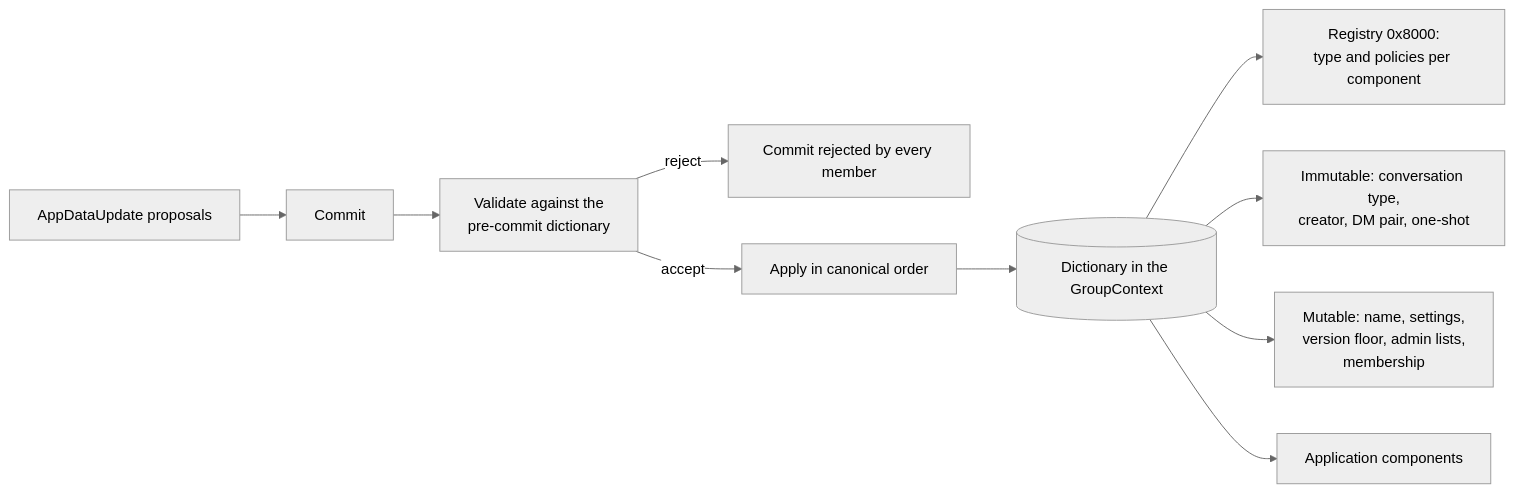
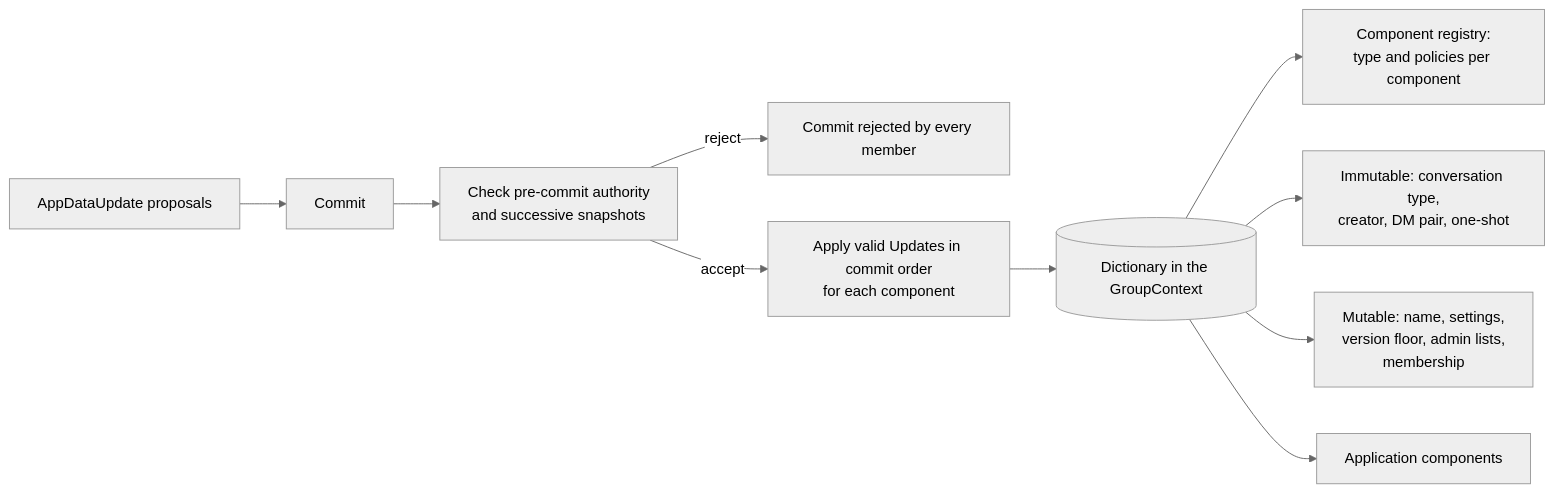
Before and after one commit to xmtp/libxmtp: the diagram in docs/specs/META-group-metadata.md, drawn with Mermaid (neutral theme). The commit also changed other lines of this file and 8 other files, not shown here.

````diff
--- a/docs/specs/META-group-metadata.md
+++ b/docs/specs/META-group-metadata.md
@@ -11,12 +11,12 @@
 ```mermaid
 flowchart LR
   P[AppDataUpdate proposals] --> C[Commit]
-  C --> V[Validate against the<br/>pre-commit dictionary]
+  C --> V[Check pre-commit authority<br/>and successive snapshots]
   V -->|reject| X[Commit rejected by every member]
-  V -->|accept| A[Apply in canonical order]
+  V -->|accept| A[Apply valid Updates in commit order<br/>for each component]
   A --> D[(Dictionary in the GroupContext)]
-  D --> R[Registry 0x8000:<br/>type and policies per component]
+  D --> R[Component registry:<br/>type and policies per component]
   D --> I[Immutable: conversation type,<br/>creator, DM pair, one-shot]
   D --> M[Mutable: name, settings,<br/>version floor, admin lists,<br/>membership]
   D --> O[Application components]
 ```
````
